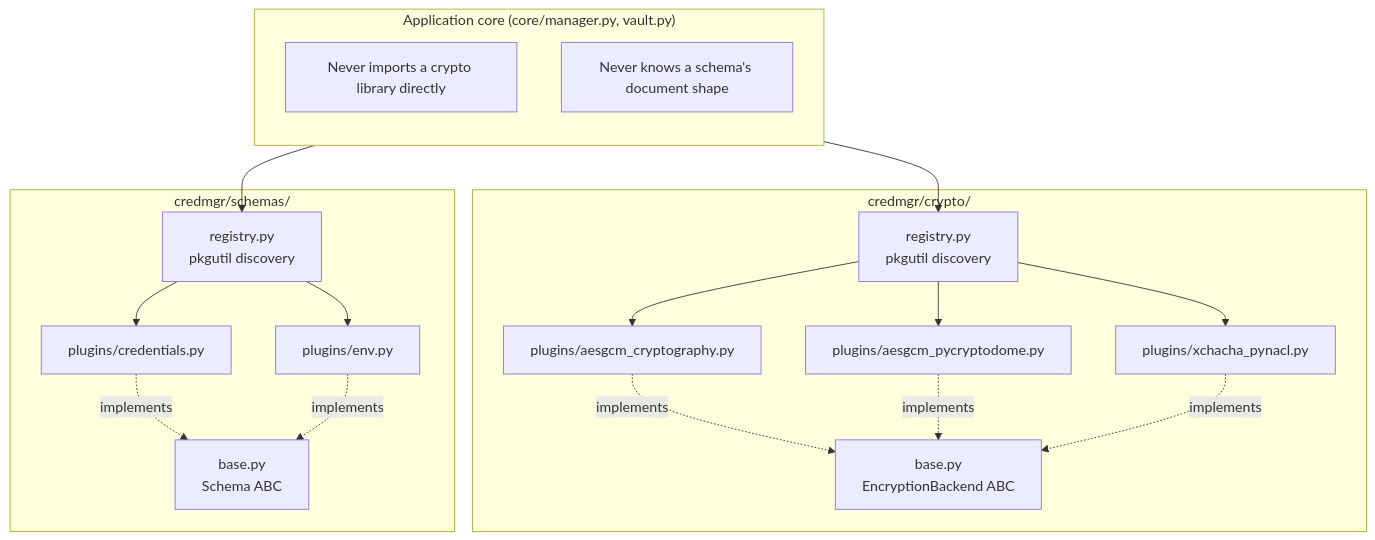
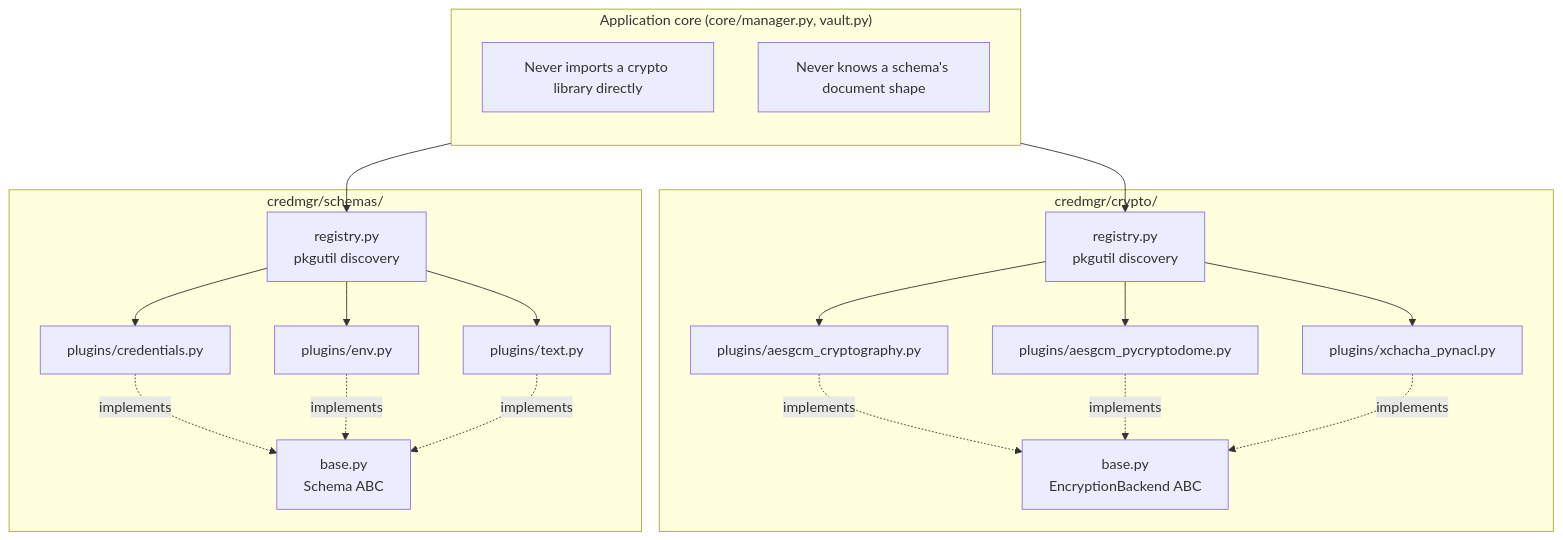
Before and after one commit to Veerabadran-M/credential-manager: the diagram in docs/plugin-system.md, drawn with Mermaid. The commit also changed other lines of this file and 15 other files, not shown here.

Commit message:
v.4.2.0: New 'text' schema

````diff
--- a/docs/plugin-system.md
+++ b/docs/plugin-system.md
@@ -19,36 +19,39 @@
 ```mermaid
 flowchart TB
     subgraph Core["Application core (core/manager.py, vault.py)"]
         direction TB
         C1[Never imports a crypto library directly]
         C2["Never knows a schema's document shape"]
     end
 
     subgraph CryptoSystem["credmgr/crypto/"]
         CB[base.py<br/>EncryptionBackend ABC]
         CR[registry.py<br/>pkgutil discovery]
         CP1[plugins/aesgcm_cryptography.py]
         CP2[plugins/aesgcm_pycryptodome.py]
         CP3[plugins/xchacha_pynacl.py]
         CR --> CP1
         CR --> CP2
         CR --> CP3
         CP1 -. implements .-> CB
         CP2 -. implements .-> CB
         CP3 -. implements .-> CB
     end
 
     subgraph SchemaSystem["credmgr/schemas/"]
         SB[base.py<br/>Schema ABC]
         SR[registry.py<br/>pkgutil discovery]
         SP1[plugins/credentials.py]
         SP2[plugins/env.py]
+        SP3[plugins/text.py]
         SR --> SP1
         SR --> SP2
+        SR --> SP3
         SP1 -. implements .-> SB
         SP2 -. implements .-> SB
+        SP3 -. implements .-> SB
     end
 
     Core --> CR
     Core --> SR
 ```
````
